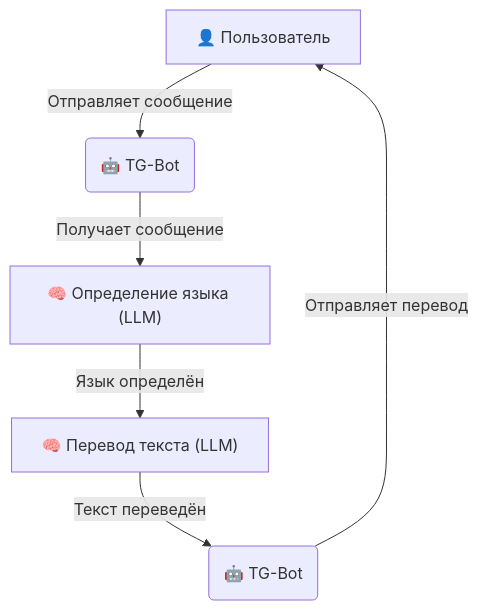
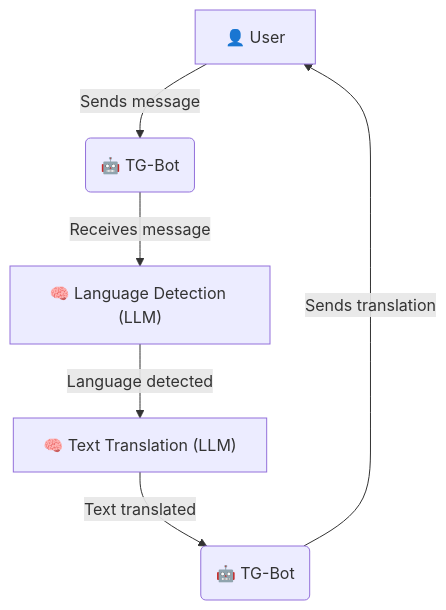
Before and after one commit to Zegor88/Translator_TG_bot: the diagram in README.md, drawn with Mermaid.

````diff
--- a/README.md
+++ b/README.md
@@ -9,8 +9,8 @@
 ```mermaid
 graph TD;
-    A[👤 Пользователь] -- "Отправляет сообщение" --> B(🤖 TG-Bot);
-    B -- "Получает сообщение" --> C["🧠 Определение языка (LLM)"];
-    C -- "Язык определён" --> D["🧠 Перевод текста (LLM)"];
-    D -- "Текст переведён" --> E(🤖 TG-Bot);
-    E -- "Отправляет перевод" --> A;
+    A[👤 User] -- "Sends message" --> B(🤖 TG-Bot);
+    B -- "Receives message" --> C["🧠 Language Detection (LLM)"];
+    C -- "Language detected" --> D["🧠 Text Translation (LLM)"];
+    D -- "Text translated" --> E(🤖 TG-Bot);
+    E -- "Sends translation" --> A;
 ```
````
